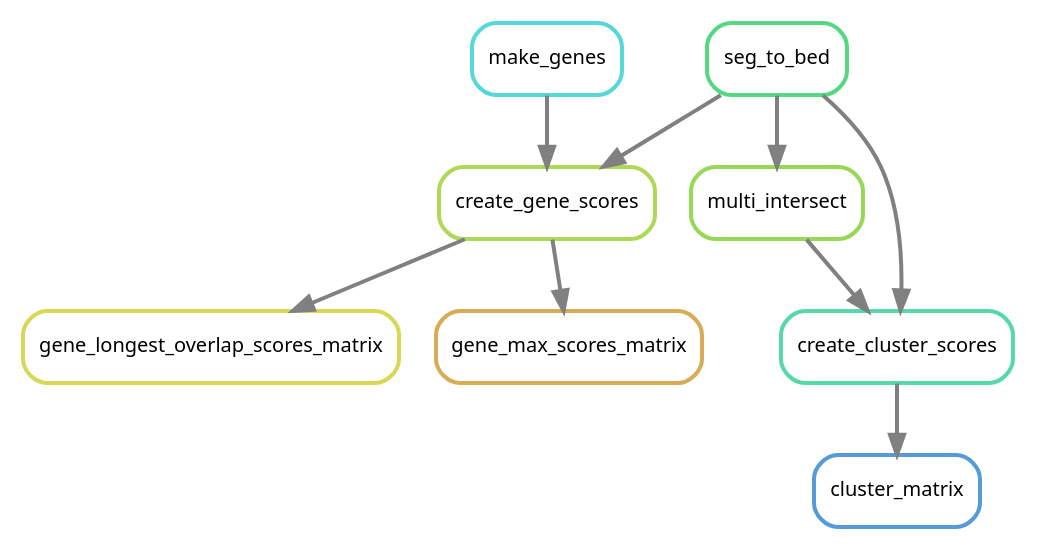
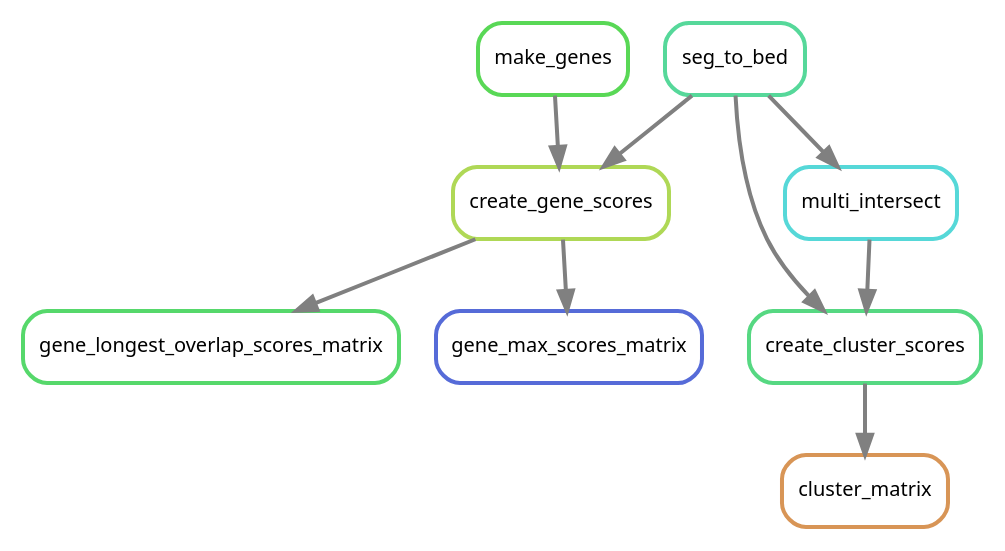
One commit to NCBI-Hackathons/Pharmacogenomics_Prediction_Pipeline_P3 changed the diagram in doc/source/images/cnv.dot. Above: the diagram before and after it, drawn with Graphviz. The commit also changed 35 other files, not shown here.

```diff
--- a/doc/source/images/cnv.dot
+++ b/doc/source/images/cnv.dot
@@ -1,21 +1,21 @@
 digraph snakemake_dag {
     graph[bgcolor=white, margin=0];
     node[shape=box, style=rounded, fontname=sans,                 fontsize=10, penwidth=2];
     edge[penwidth=2, color=grey];
-	0[label = "cluster_matrix", color = "0.58 0.6 0.85", style="rounded"];
-	1[label = "seg_to_bed", color = "0.39 0.6 0.85", style="rounded"];
-	2[label = "create_gene_scores", color = "0.22 0.6 0.85", style="rounded"];
-	3[label = "gene_longest_overlap_scores_matrix", color = "0.17 0.6 0.85", style="rounded"];
-	4[label = "multi_intersect", color = "0.25 0.6 0.85", style="rounded"];
-	5[label = "gene_max_scores_matrix", color = "0.11 0.6 0.85", style="rounded"];
-	6[label = "make_genes", color = "0.50 0.6 0.85", style="rounded"];
-	7[label = "create_cluster_scores", color = "0.44 0.6 0.85", style="rounded"];
-	7 -> 0
-	1 -> 2
+	0[label = "seg_to_bed", color = "0.42 0.6 0.85", style="rounded"];
+	1[label = "create_gene_scores", color = "0.22 0.6 0.85", style="rounded"];
+	2[label = "cluster_matrix", color = "0.08 0.6 0.85", style="rounded"];
+	3[label = "gene_longest_overlap_scores_matrix", color = "0.36 0.6 0.85", style="rounded"];
+	4[label = "gene_max_scores_matrix", color = "0.64 0.6 0.85", style="rounded"];
+	5[label = "make_genes", color = "0.33 0.6 0.85", style="rounded"];
+	6[label = "create_cluster_scores", color = "0.39 0.6 0.85", style="rounded"];
+	7[label = "multi_intersect", color = "0.50 0.6 0.85", style="rounded"];
+	0 -> 1
+	5 -> 1
 	6 -> 2
-	2 -> 3
+	1 -> 3
 	1 -> 4
-	2 -> 5
-	4 -> 7
-	1 -> 7
+	0 -> 6
+	7 -> 6
+	0 -> 7
 }            
```
